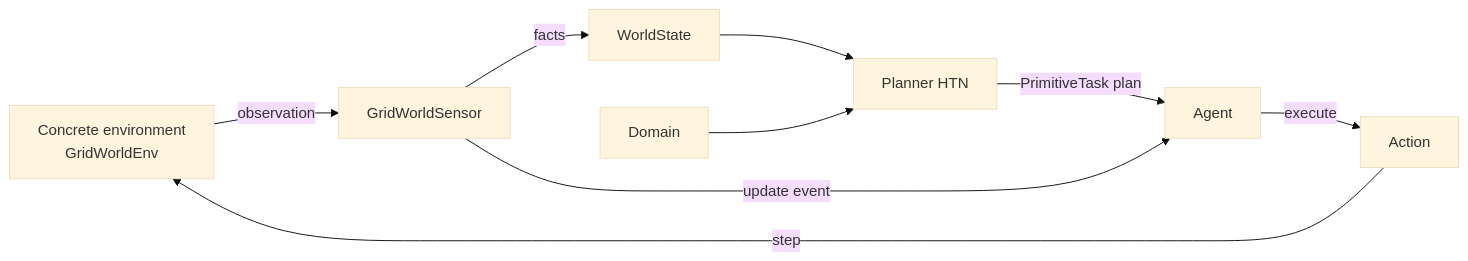
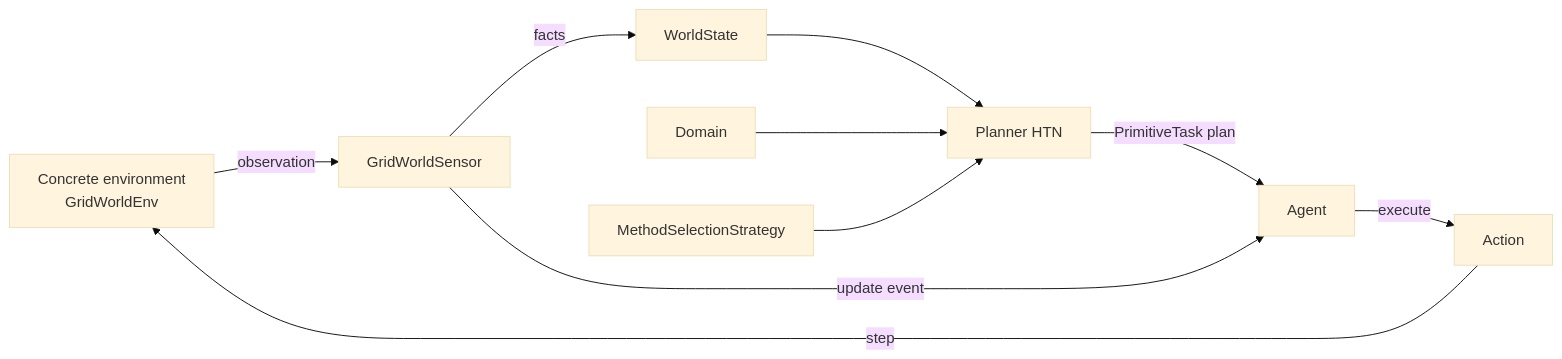
One commit to AndersonGACFilho/htn-goap-morl-agent changed the diagram in docs/index.md. Above: the diagram before and after it, drawn with Mermaid (base theme). The commit also changed other lines of this file and 8 other files, not shown here.

First line of the commit message:
docs(planner): document method selection strategy architecture

````diff
--- a/docs/index.md
+++ b/docs/index.md
@@ -14,11 +14,12 @@
 ```mermaid
 flowchart LR
     E[Concrete environment\nGridWorldEnv] -->|observation| S[GridWorldSensor]
     S -->|facts| WS[WorldState]
     WS --> P[Planner HTN]
     D[Domain] --> P
+    MS[MethodSelectionStrategy] --> P
     P -->|PrimitiveTask plan| A[Agent]
     A -->|execute| X[Action]
     X -->|step| E
     S -->|update event| A
 ```
````
